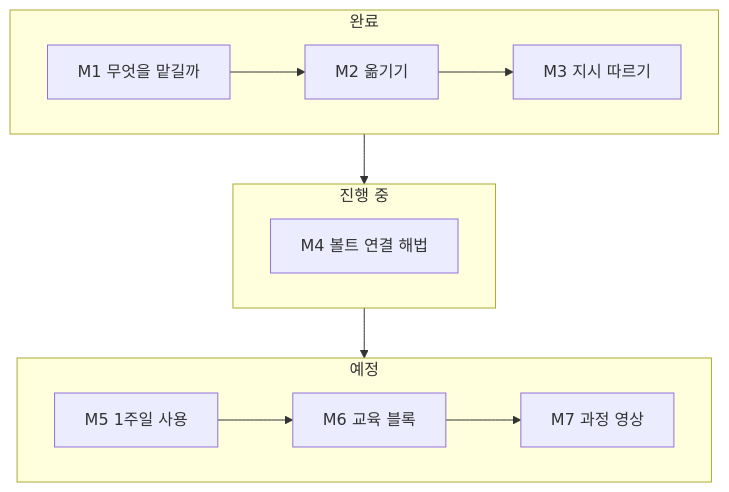
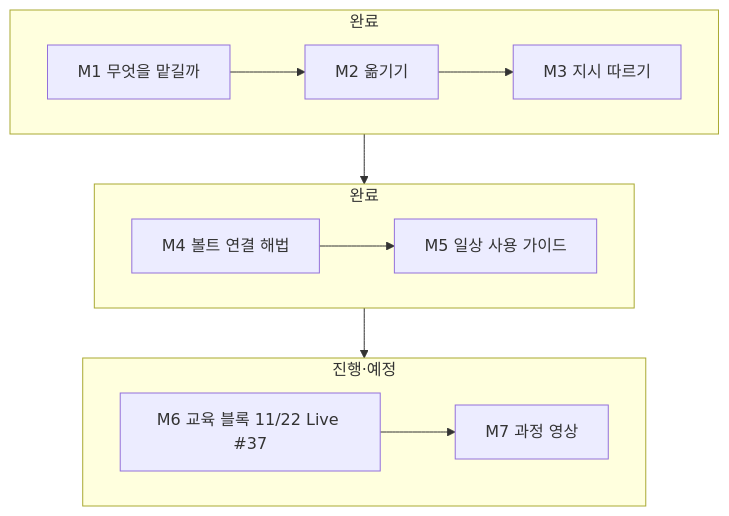
One commit to solkit70/CatchUpAI_VL changed the diagram in Topics/Muse-My-Workflow/README.md. Above: the diagram before and after it, drawn with Mermaid. The commit also changed other lines of this file and 66 other files, not shown here.

````diff
--- a/Topics/Muse-My-Workflow/README.md
+++ b/Topics/Muse-My-Workflow/README.md
@@ -57,16 +58,16 @@
 ```mermaid
 flowchart TB
     subgraph Done["완료"]
         direction LR
         M1["M1 무엇을 맡길까"] --> M2["M2 옮기기"] --> M3["M3 지시 따르기"]
     end
-    subgraph Now["진행 중"]
+    subgraph Done2["완료"]
         direction LR
-        M4["M4 볼트 연결 해법"]
+        M4["M4 볼트 연결 해법"] --> M5["M5 일상 사용 가이드"]
     end
-    subgraph Next["예정"]
+    subgraph Next["진행·예정"]
         direction LR
-        M5["M5 1주일 사용"] --> M6["M6 교육 블록"] --> M7["M7 과정 영상"]
+        M6["M6 교육 블록 11/22 Live #37"] --> M7["M7 과정 영상"]
     end
-    Done --> Now --> Next
+    Done --> Done2 --> Next
 ```
````
